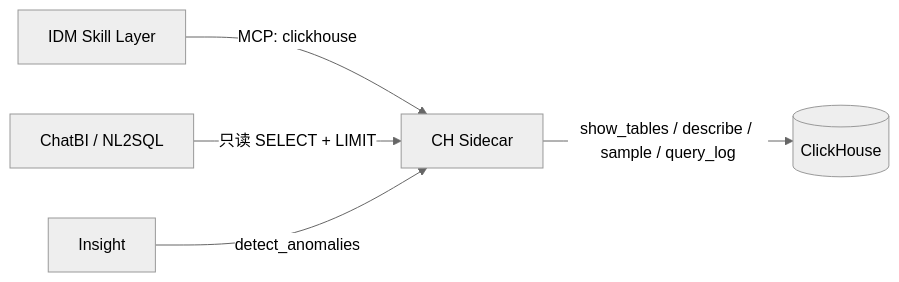
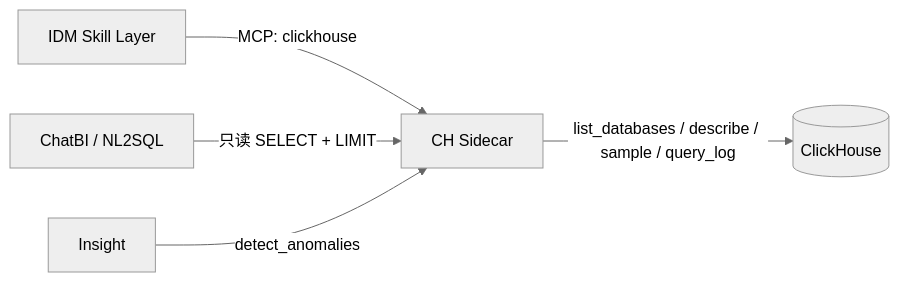
Diagram 11 of 11 in docs/design/architecture.md (gavenlv/idm), drawn with Mermaid (neutral theme) before and after one commit. The commit also changed other lines of this file and 140 other files, not shown here.

````diff
--- a/docs/design/architecture.md
+++ b/docs/design/architecture.md
@@ -419,7 +599,7 @@
 ```mermaid
 flowchart LR
     A[IDM Skill Layer] -->|MCP: clickhouse| B[CH Sidecar]
-    B -->|show_tables / describe / sample / query_log| C[(ClickHouse)]
+    B -->|list_databases / describe / sample / query_log| C[(ClickHouse)]
     D[ChatBI / NL2SQL] -->|只读 SELECT + LIMIT| B
     E[Insight] -->|detect_anomalies| B
 ```
````
